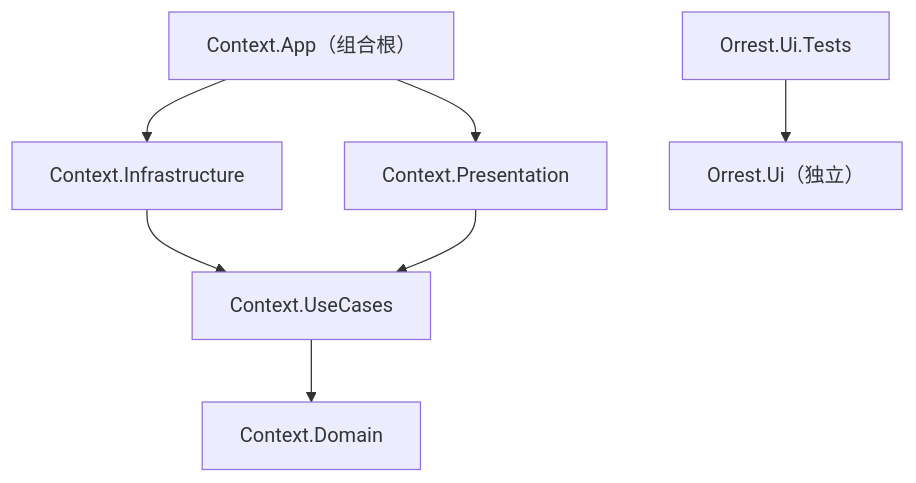
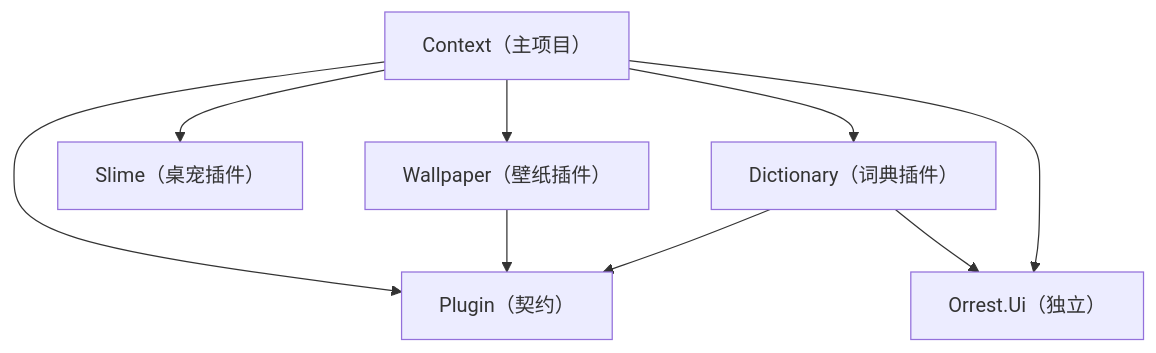
The diagram in ARCHITECTURE.md (orrest/Context), drawn with Mermaid before and after one commit. The commit also changed other lines of this file and 118 other files, not shown here.

Commit message:
architecture to plugins

````diff
--- a/ARCHITECTURE.md
+++ b/ARCHITECTURE.md
@@ -34,17 +43,18 @@
 ```mermaid
 graph TD
-    Domain["Context.Domain"]
-    UseCases["Context.UseCases"]
-    Infrastructure["Context.Infrastructure"]
-    Presentation["Context.Presentation"]
-    App["Context.App（组合根）"]
-    UiTests["Orrest.Ui.Tests"]
+    Context["Context（主项目）"]
+    Plugin["Plugin（契约）"]
+    Slime["Slime（桌宠插件）"]
+    Wallpaper["Wallpaper（壁纸插件）"]
+    Dictionary["Dictionary（词典插件）"]
     Ui["Orrest.Ui（独立）"]
 
-    UseCases --> Domain
-    Infrastructure --> UseCases
-    Presentation --> UseCases
-    App --> Presentation
-    App --> Infrastructure
-    UiTests --> Ui
+    Context --> Plugin
+    Context --> Slime
+    Context --> Wallpaper
+    Context --> Dictionary
+    Context --> Ui
+    Wallpaper --> Plugin
+    Dictionary --> Plugin
+    Dictionary --> Ui
 ```
````
